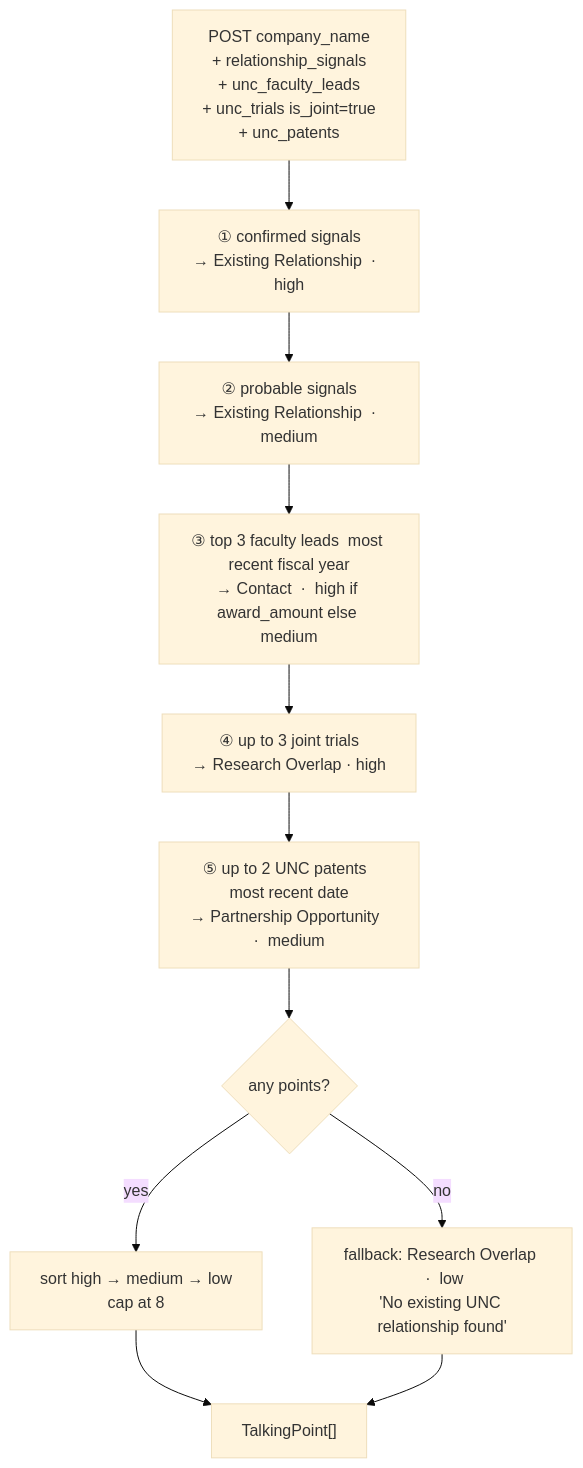
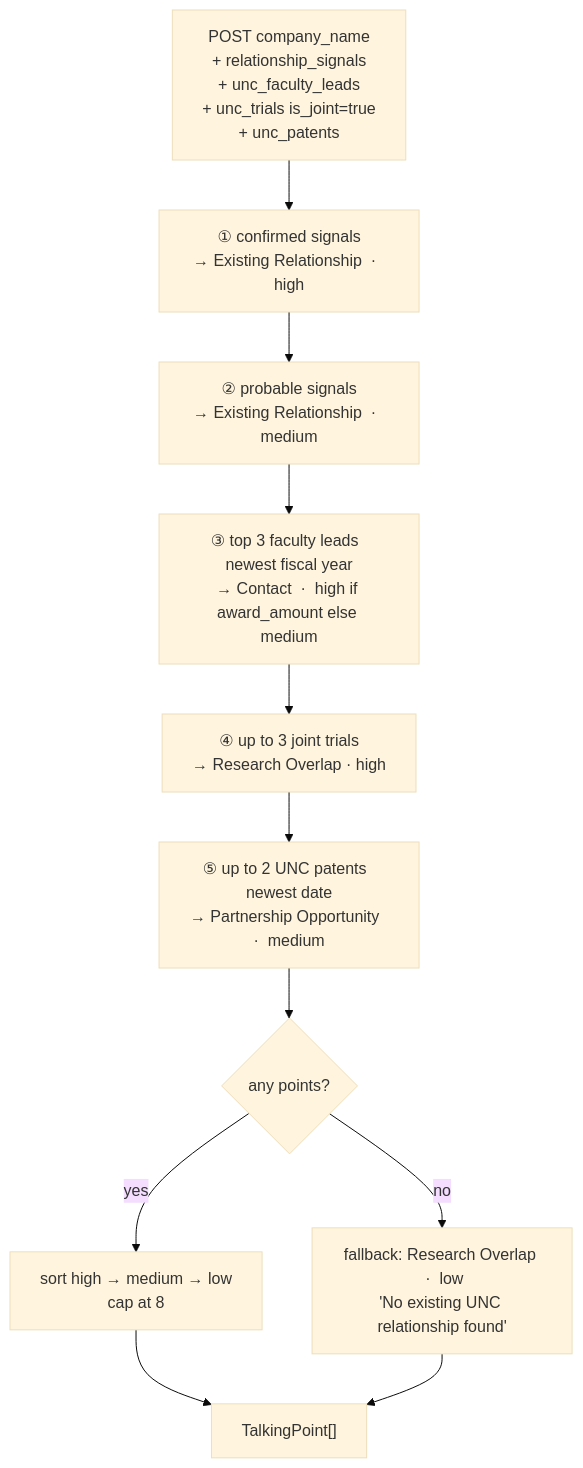
Before and after one commit to AidanColvin/map-elt-research-graph-3: the eighth of 12 diagrams in README.md, drawn with Mermaid (base theme). The commit also changed other lines of this file, not shown here.

````diff
--- a/README.md
+++ b/README.md
@@ -346,15 +336,15 @@
 ```mermaid
 flowchart TD
     IN["POST  company_name\n+ relationship_signals\n+ unc_faculty_leads\n+ unc_trials  is_joint=true\n+ unc_patents"] --> R1
 
     R1["① confirmed signals\n→ Existing Relationship  ·  high"] --> R2
     R2["② probable signals\n→ Existing Relationship  ·  medium"] --> R3
-    R3["③ top 3 faculty leads  most recent fiscal year\n→ Contact  ·  high if award_amount else medium"] --> R4
+    R3["③ top 3 faculty leads  newest fiscal year\n→ Contact  ·  high if award_amount else medium"] --> R4
     R4["④ up to 3 joint trials\n→ Research Overlap  ·  high"] --> R5
-    R5["⑤ up to 2 UNC patents  most recent date\n→ Partnership Opportunity  ·  medium"] --> R6
+    R5["⑤ up to 2 UNC patents  newest date\n→ Partnership Opportunity  ·  medium"] --> R6
     R6{"any points?"}
     R6 -->|"yes"| SORT["sort  high → medium → low\ncap at 8"]
     R6 -->|"no"| FB["fallback: Research Overlap  ·  low\n'No existing UNC relationship found'"]
     SORT --> OUT["TalkingPoint[]"]
     FB --> OUT
 ```
````
